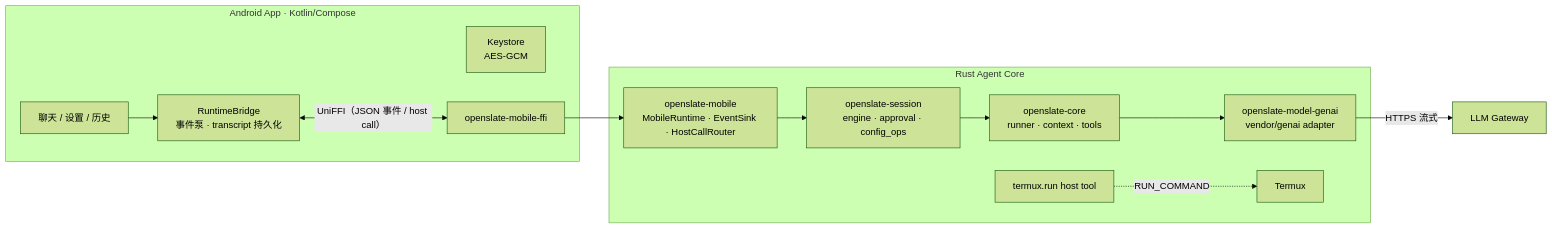
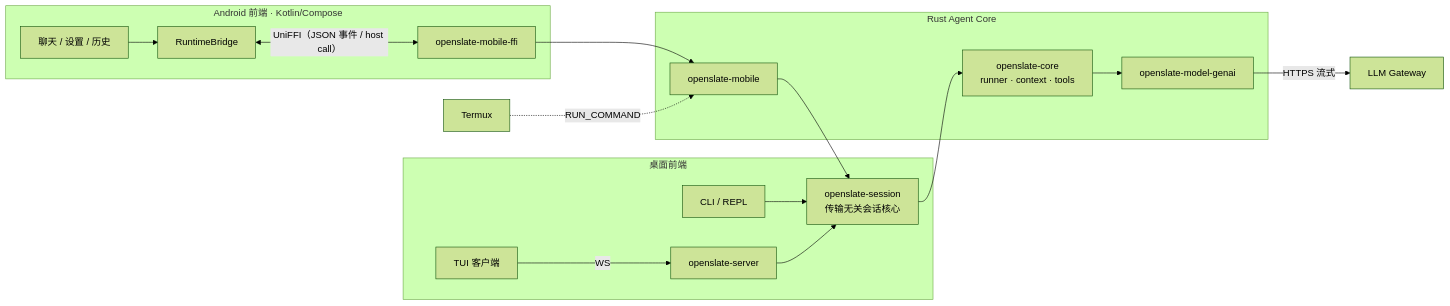
Before and after one commit to Howardzhangdqs/OpenSlate: the diagram in README.md, drawn with Mermaid (forest theme). The commit also changed other lines of this file, not shown here.

Commit message:
docs: README — OpenSlate as the single home (desktop + Android frontends)

````diff
--- a/README.md
+++ b/README.md
@@ -27,16 +42,20 @@
 ```mermaid
 flowchart LR
-    subgraph Android[Android App · Kotlin/Compose]
-        UI[聊天 / 设置 / 历史] --> BR[RuntimeBridge<br/>事件泵 · transcript 持久化]
-        KS[Keystore<br/>AES-GCM]
+    subgraph Desktop[桌面前端]
+        TUI[TUI 客户端] -->|WS| SRV[openslate-server]
+        CLI[CLI / REPL] --> SE
+        SRV --> SE
+    end
+    subgraph Android[Android 前端 · Kotlin/Compose]
+        AUI[聊天 / 设置 / 历史] --> BR[RuntimeBridge]
         BR <-->|"UniFFI（JSON 事件 / host call）"| FFI
     end
-    subgraph Rust[Rust Agent Core]
-        FFI[openslate-mobile-ffi] --> RT[openslate-mobile<br/>MobileRuntime · EventSink · HostCallRouter]
-        RT --> SE[openslate-session<br/>engine · approval · config_ops]
-        SE --> CORE[openslate-core<br/>runner · context · tools]
-        CORE --> GEN[openslate-model-genai<br/>vendor/genai adapter]
-        TX[termux.run host tool] -. RUN_COMMAND .-> TERMUX[Termux]
+    subgraph Core[Rust Agent Core]
+        FFI[openslate-mobile-ffi] --> RT[openslate-mobile]
+        SE[openslate-session<br/>传输无关会话核心] --> CORE[openslate-core<br/>runner · context · tools]
+        RT --> SE
+        CORE --> GEN[openslate-model-genai]
     end
+    TERMUX[Termux] -.->|RUN_COMMAND| RT
     GEN -->|HTTPS 流式| LLM[LLM Gateway]
 ```
````
